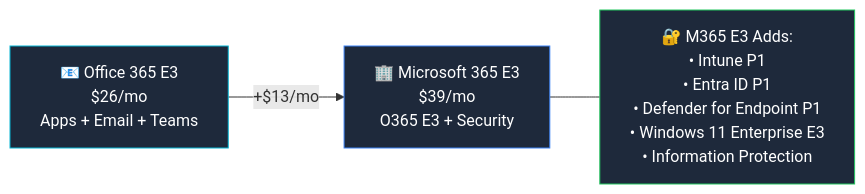
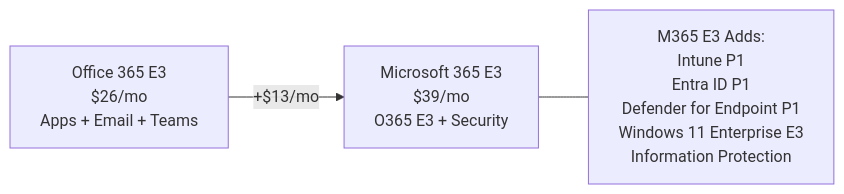
The diagram in content/licensing/office-365-e3.md (susanthgit/aguidetocloud-revamp), drawn with Mermaid before and after one commit. The commit also changed 553 other files, not shown here.

First line of the commit message:
🌸 Z17: Zen Mermaid diagrams — Stripe Docs style

````diff
--- a/content/licensing/office-365-e3.md
+++ b/content/licensing/office-365-e3.md
@@ -40,11 +40,8 @@
 ```mermaid
 flowchart LR
-    O365["📧 Office 365 E3\n$26/mo\nApps + Email + Teams"]
-    M365["🏢 Microsoft 365 E3\n$39/mo\nO365 E3 + Security"]
-    ADDS["🔐 M365 E3 Adds:\n• Intune P1\n• Entra ID P1\n• Defender for Endpoint P1\n• Windows 11 Enterprise E3\n• Information Protection"]
+    O365["Office 365 E3<br/>$26/mo<br/>Apps + Email + Teams"]
+    M365["Microsoft 365 E3<br/>$39/mo<br/>O365 E3 + Security"]
+    ADDS["M365 E3 Adds:<br/>Intune P1<br/>Entra ID P1<br/>Defender for Endpoint P1<br/>Windows 11 Enterprise E3<br/>Information Protection"]
     O365 -->|"+$13/mo"| M365
     M365 --- ADDS
-    style O365 fill:#1e293b,stroke:#06b6d4,color:#ffffff
-    style M365 fill:#1e293b,stroke:#3b82f6,color:#ffffff
-    style ADDS fill:#1e293b,stroke:#22c55e,color:#ffffff
 ```
````
